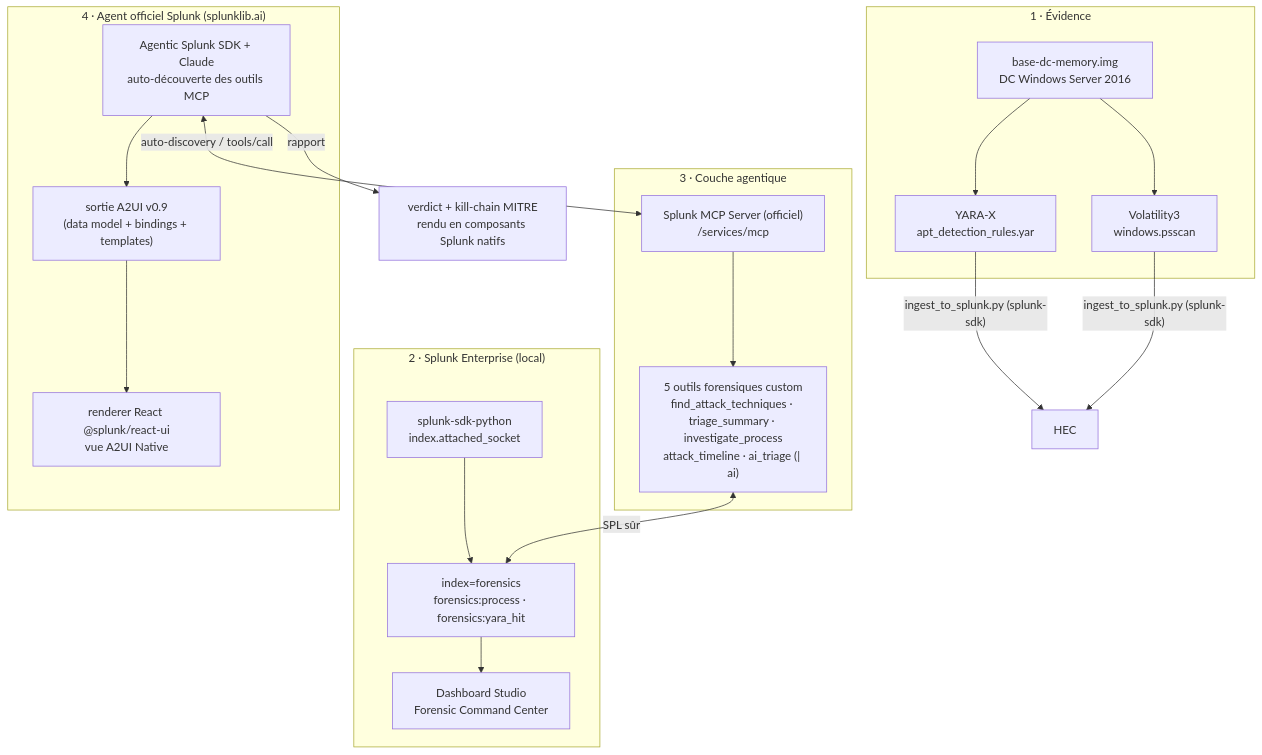
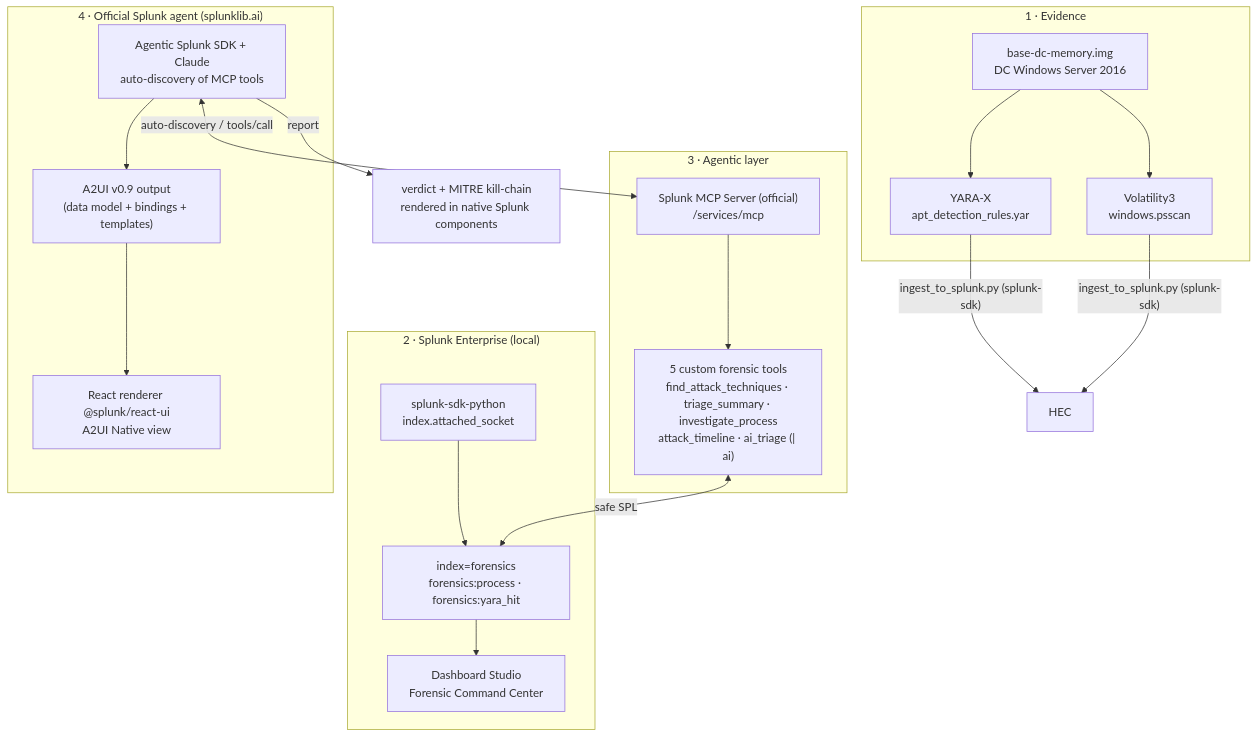
One commit to julien2613/find-evil-splunk changed the diagram in README.md. Above: the diagram before and after it, drawn with Mermaid. The commit also changed other lines of this file and 40 other files, not shown here.

````diff
--- a/README.md
+++ b/README.md
@@ -18,30 +18,30 @@
 ```mermaid
 flowchart TB
-    subgraph EV["1 · Évidence"]
+    subgraph EV["1 · Evidence"]
         IMG["base-dc-memory.img<br/>DC Windows Server 2016"]
         YARA["YARA-X<br/>apt_detection_rules.yar"]
         VOL["Volatility3<br/>windows.psscan"]
         IMG --> YARA & VOL
     end
     subgraph SPL["2 · Splunk Enterprise (local)"]
         SDKING["splunk-sdk-python<br/>index.attached_socket"]
         IDX["index=forensics<br/>forensics:process · forensics:yara_hit"]
         DASH["Dashboard Studio<br/>Forensic Command Center"]
         SDKING --> IDX --> DASH
     end
-    subgraph AG["3 · Couche agentique"]
-        MCP["Splunk MCP Server (officiel)<br/>/services/mcp"]
-        TOOLS["5 outils forensiques custom<br/>find_attack_techniques · triage_summary · investigate_process<br/>attack_timeline · ai_triage (| ai)"]
+    subgraph AG["3 · Agentic layer"]
+        MCP["Splunk MCP Server (official)<br/>/services/mcp"]
+        TOOLS["5 custom forensic tools<br/>find_attack_techniques · triage_summary · investigate_process<br/>attack_timeline · ai_triage (| ai)"]
         MCP --> TOOLS
     end
-    subgraph AGENT["4 · Agent officiel Splunk (splunklib.ai)"]
-        SDK["Agentic Splunk SDK + Claude<br/>auto-découverte des outils MCP"]
-        A2["sortie A2UI v0.9<br/>(data model + bindings + templates)"]
-        REACT["renderer React @splunk/react-ui<br/>vue A2UI Native"]
+    subgraph AGENT["4 · Official Splunk agent (splunklib.ai)"]
+        SDK["Agentic Splunk SDK + Claude<br/>auto-discovery of MCP tools"]
+        A2["A2UI v0.9 output<br/>(data model + bindings + templates)"]
+        REACT["React renderer @splunk/react-ui<br/>A2UI Native view"]
         SDK --> A2 --> REACT
     end
     YARA & VOL -->|"ingest_to_splunk.py (splunk-sdk)"| HEC
-    TOOLS <-->|SPL sûr| IDX
+    TOOLS <-->|safe SPL| IDX
     SDK <-->|"auto-discovery / tools/call"| MCP
-    SDK -->|rapport| OUT["verdict + kill-chain MITRE<br/>rendu en composants Splunk natifs"]
+    SDK -->|report| OUT["verdict + MITRE kill-chain<br/>rendered in native Splunk components"]
 ```
````
